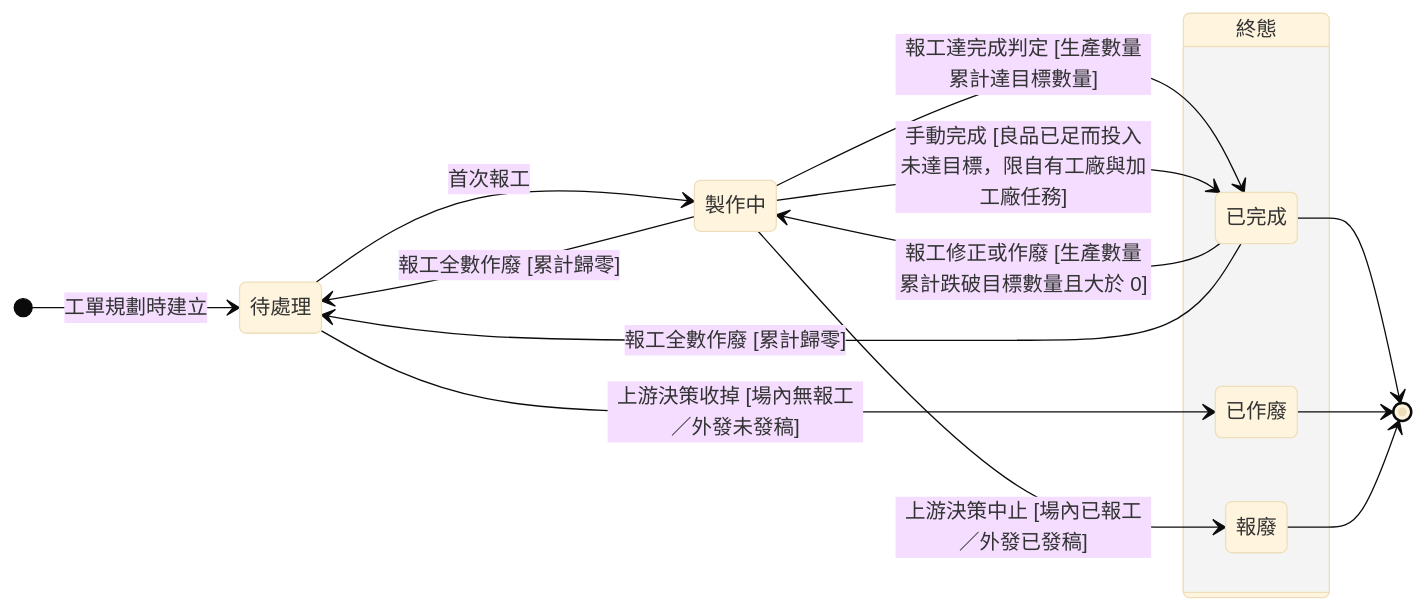
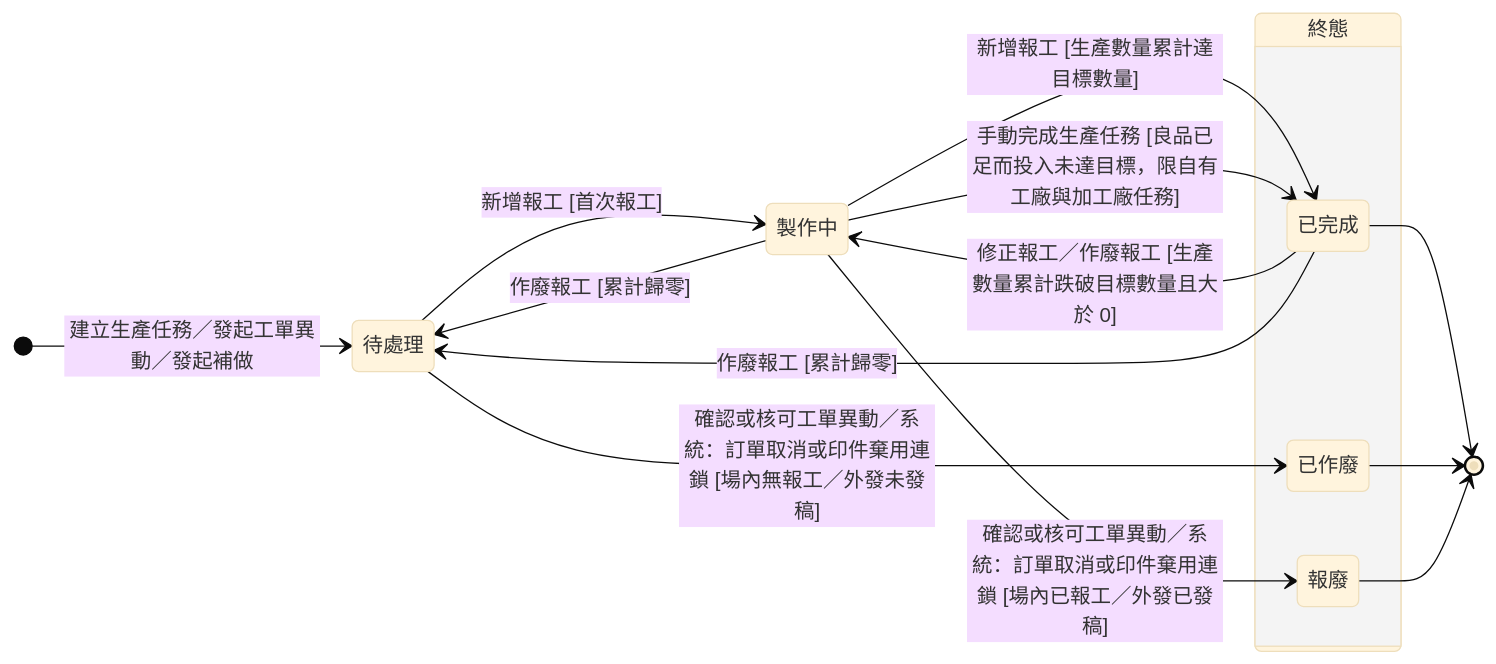
Before and after one commit to Kawato-Miles/erp-spec: the diagram in memory/Sens_wiki/wiki/erp/06-state-machines/生產任務狀態.md, drawn with Mermaid (base theme). The commit also changed other lines of this file and 35 other files, not shown here.

````diff
--- a/memory/Sens_wiki/wiki/erp/06-state-machines/生產任務狀態.md
+++ b/memory/Sens_wiki/wiki/erp/06-state-machines/生產任務狀態.md
@@ -48,30 +49,30 @@
 ```mermaid
 stateDiagram-v2
     direction LR
 
-    [*] --> s_pending : 工單規劃時建立
+    [*] --> s_pending : 建立生產任務／發起工單異動／發起補做
 
     state "待處理" as s_pending
     state "製作中" as s_making
 
     state "終態" as Final {
         state "已完成" as s_done
         state "已作廢" as s_void
         state "報廢" as s_scrap
     }
 
-    s_pending --> s_making : 首次報工
-    s_making --> s_done : 報工達完成判定 [生產數量累計達目標數量]
-    s_making --> s_done : 手動完成 [良品已足而投入未達目標，限自有工廠與加工廠任務]
+    s_pending --> s_making : 新增報工 [首次報工]
+    s_making --> s_done : 新增報工 [生產數量累計達目標數量]
+    s_making --> s_done : 手動完成生產任務 [良品已足而投入未達目標，限自有工廠與加工廠任務]
 
-    s_making --> s_pending : 報工全數作廢 [累計歸零]
-    s_done --> s_making : 報工修正或作廢 [生產數量累計跌破目標數量且大於 0]
-    s_done --> s_pending : 報工全數作廢 [累計歸零]
+    s_making --> s_pending : 作廢報工 [累計歸零]
+    s_done --> s_making : 修正報工／作廢報工 [生產數量累計跌破目標數量且大於 0]
+    s_done --> s_pending : 作廢報工 [累計歸零]
 
-    s_pending --> s_void : 上游決策收掉 [場內無報工／外發未發稿]
-    s_making --> s_scrap : 上游決策中止 [場內已報工／外發已發稿]
+    s_pending --> s_void : 確認或核可工單異動／系統：訂單取消或印件棄用連鎖 [場內無報工／外發未發稿]
+    s_making --> s_scrap : 確認或核可工單異動／系統：訂單取消或印件棄用連鎖 [場內已報工／外發已發稿]
 
     s_done --> [*]
     s_void --> [*]
     s_scrap --> [*]
 ```
````
